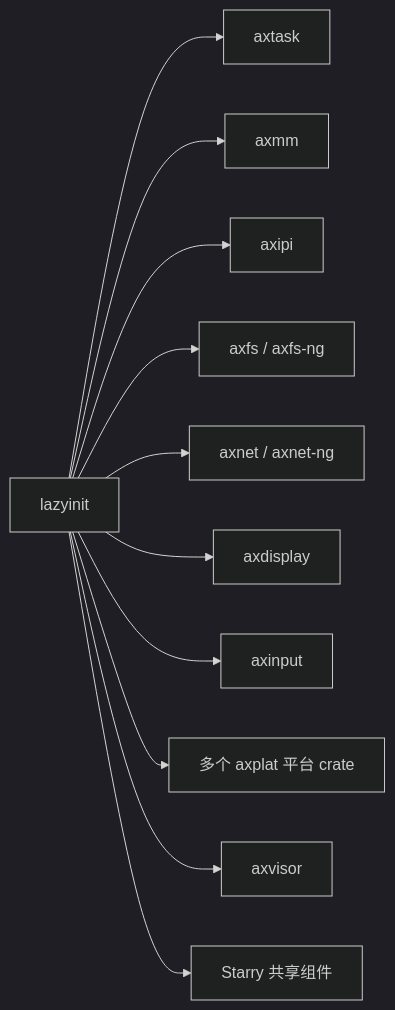
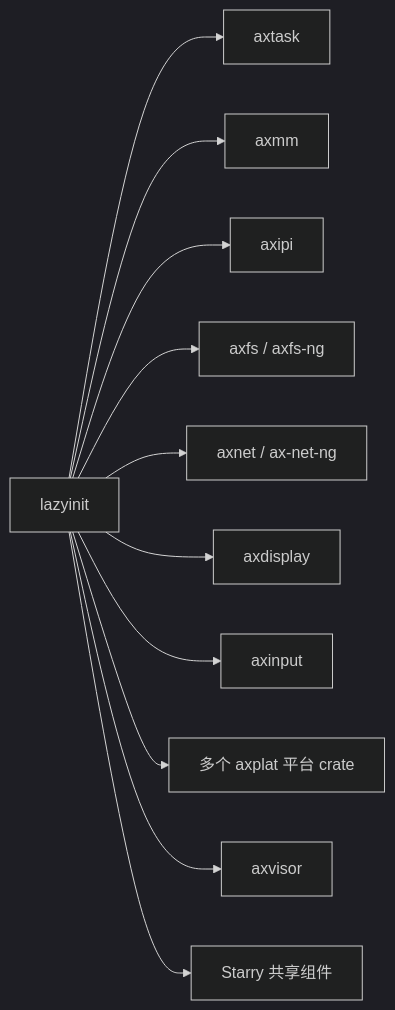
Before and after one commit to zKurisu/tgoskits: the second of 2 diagrams in docs/crates/lazyinit.md, drawn with Mermaid (dark theme). The commit also changed 32 other files, not shown here.

Commit message:
rename axnet-ng to ax-net-ng

````diff
--- a/docs/crates/lazyinit.md
+++ b/docs/crates/lazyinit.md
@@ -72,13 +72,13 @@
 ```mermaid
 graph LR
     lazyinit["lazyinit"] --> axtask["axtask"]
     lazyinit --> axmm["axmm"]
     lazyinit --> axipi["axipi"]
     lazyinit --> axfs["axfs / axfs-ng"]
-    lazyinit --> axnet["axnet / axnet-ng"]
+    lazyinit --> axnet["axnet / ax-net-ng"]
     lazyinit --> axdisplay["axdisplay"]
     lazyinit --> axinput["axinput"]
     lazyinit --> axplat["多个 axplat 平台 crate"]
     lazyinit --> axvisor["axvisor"]
     lazyinit --> starry["Starry 共享组件"]
 ```
````
